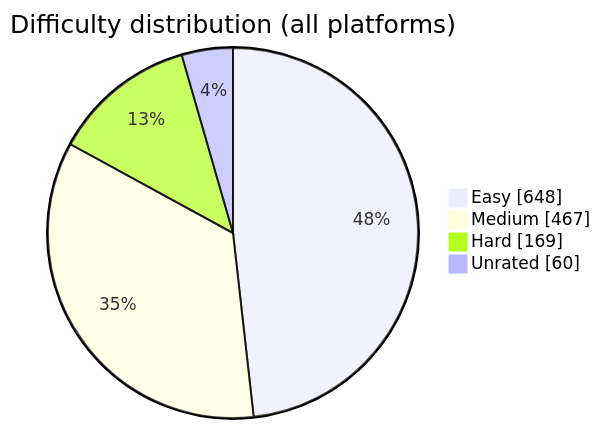
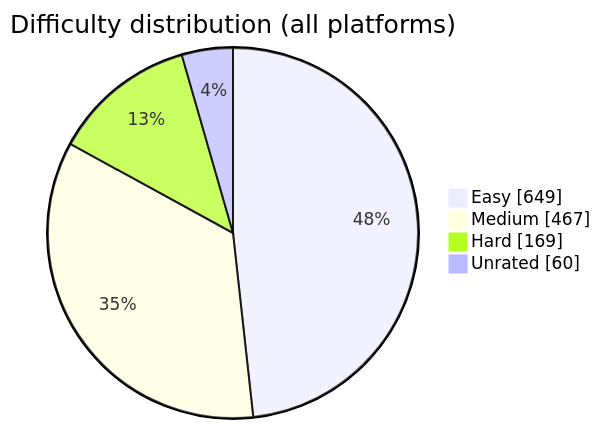
The diagram in README.md (BuildbyArindam/Daily-Coding-Log), drawn with Mermaid before and after one commit. The commit also changed other lines of this file, not shown here.

````diff
--- a/README.md
+++ b/README.md
@@ -93,7 +93,7 @@
 ```mermaid
 pie showData title Difficulty distribution (all platforms)
-    "Easy" : 648
+    "Easy" : 649
     "Medium" : 467
     "Hard" : 169
     "Unrated" : 60
 ```
````
